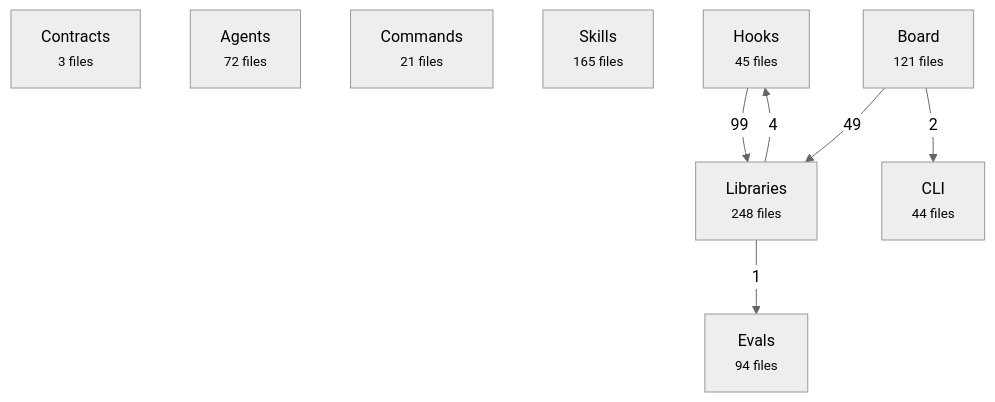
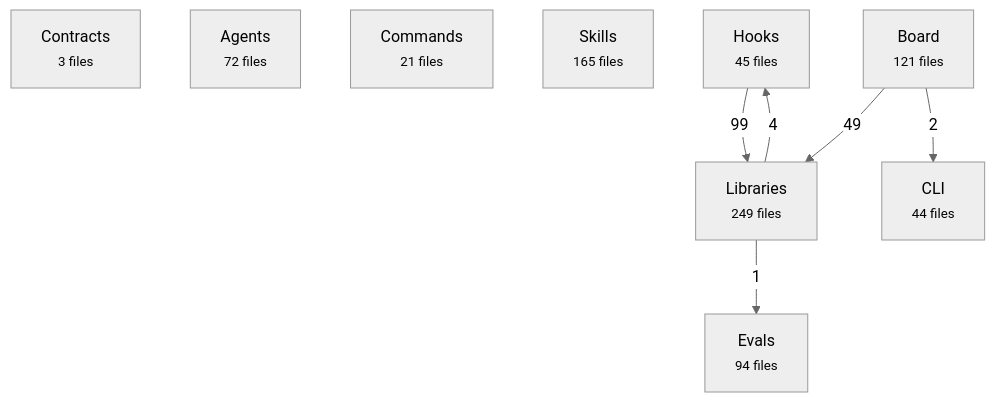
Before and after one commit to avelikiy/great_cto: the first of 2 diagrams in docs/reference/architecture-map.md, drawn with Mermaid (neutral theme). The commit also changed other lines of this file and 6 other files, not shown here.

````diff
--- a/docs/reference/architecture-map.md
+++ b/docs/reference/architecture-map.md
@@ -20,17 +20,17 @@
 ```mermaid
 flowchart TD
   contracts["Contracts<br/><small>3 files</small>"]
   agents["Agents<br/><small>72 files</small>"]
   commands["Commands<br/><small>21 files</small>"]
   skills["Skills<br/><small>165 files</small>"]
   hooks["Hooks<br/><small>45 files</small>"]
-  libs["Libraries<br/><small>248 files</small>"]
+  libs["Libraries<br/><small>249 files</small>"]
   board["Board<br/><small>121 files</small>"]
   cli["CLI<br/><small>44 files</small>"]
   evals["Evals<br/><small>94 files</small>"]
   hooks -->|99| libs
   board -->|49| libs
   libs -->|4| hooks
   board -->|2| cli
   libs -->|1| evals
 ```
````
